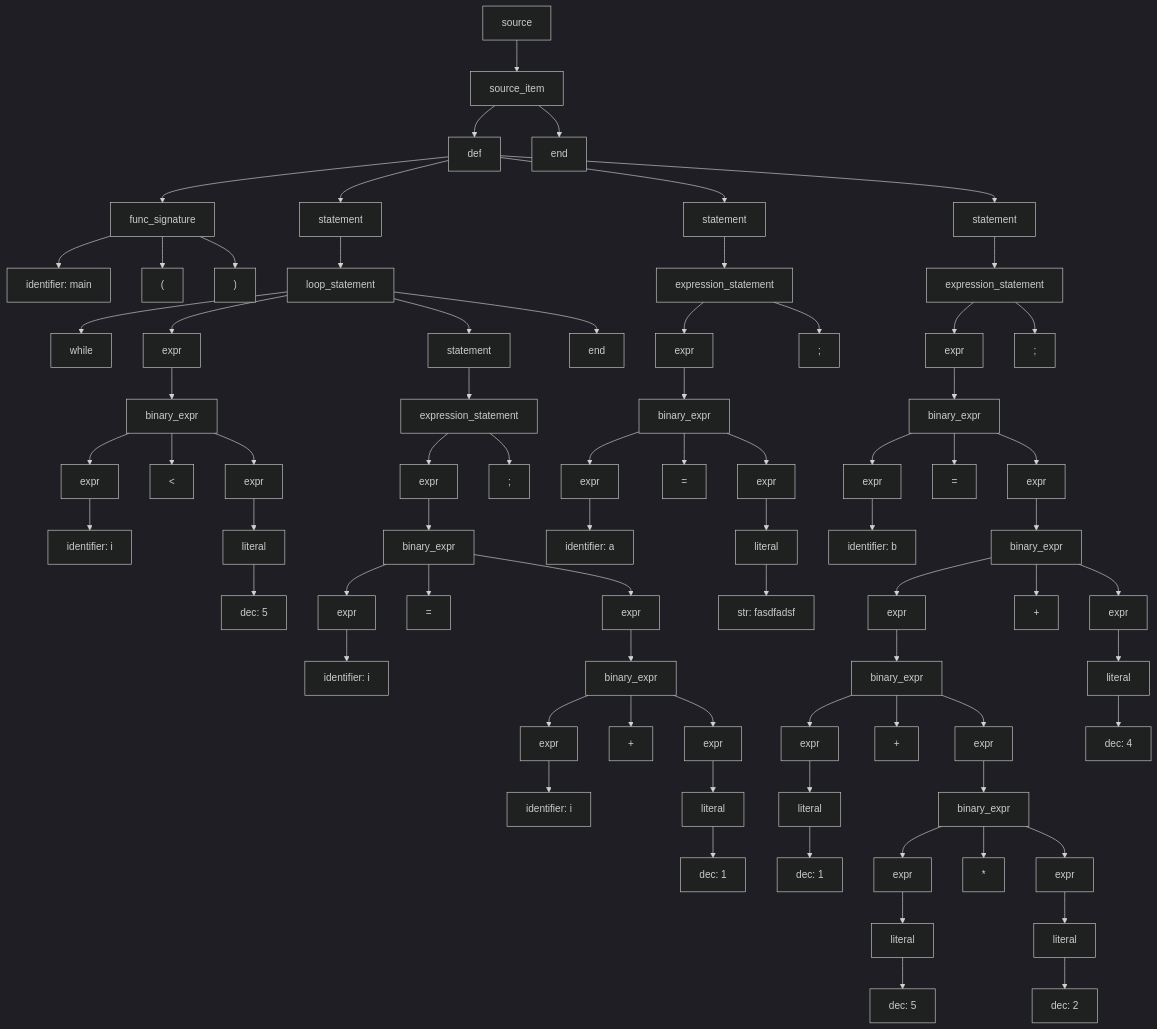
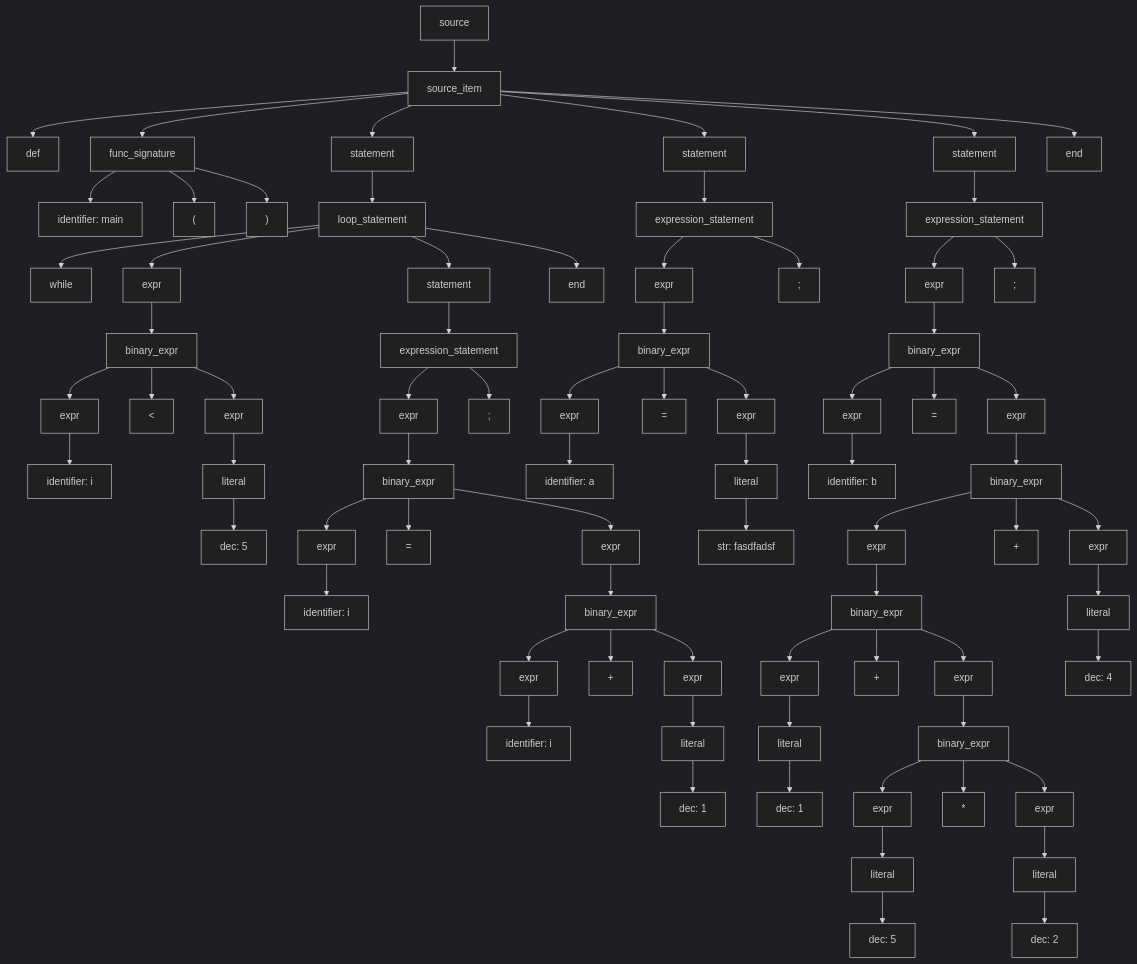
Before and after one commit to ErnandesDaniel/system-software-lab-2-1: the diagram in output.mmd, drawn with Mermaid (dark theme). The commit also changed 2 other files, not shown here.

```diff
--- a/output.mmd
+++ b/output.mmd
@@ -1,152 +1,152 @@
 graph TD;
 N0["source"]
 N1["source_item"]
 N0 --> N1
 N2["def"]
 N1 --> N2
 N3["func_signature"]
-N2 --> N3
+N1 --> N3
 N4["identifier: main"]
 N3 --> N4
 N5["("]
 N3 --> N5
 N6[")"]
 N3 --> N6
 N7["statement"]
-N2 --> N7
+N1 --> N7
 N8["loop_statement"]
 N7 --> N8
 N9["while"]
 N8 --> N9
 N10["expr"]
 N8 --> N10
 N11["binary_expr"]
 N10 --> N11
 N12["expr"]
 N11 --> N12
 N13["identifier: i"]
 N12 --> N13
 N14["<"]
 N11 --> N14
 N15["expr"]
 N11 --> N15
 N16["literal"]
 N15 --> N16
 N17["dec: 5"]
 N16 --> N17
 N18["statement"]
 N8 --> N18
 N19["expression_statement"]
 N18 --> N19
 N20["expr"]
 N19 --> N20
 N21["binary_expr"]
 N20 --> N21
 N22["expr"]
 N21 --> N22
 N23["identifier: i"]
 N22 --> N23
 N24["="]
 N21 --> N24
 N25["expr"]
 N21 --> N25
 N26["binary_expr"]
 N25 --> N26
 N27["expr"]
 N26 --> N27
 N28["identifier: i"]
 N27 --> N28
 N29["+"]
 N26 --> N29
 N30["expr"]
 N26 --> N30
 N31["literal"]
 N30 --> N31
 N32["dec: 1"]
 N31 --> N32
 N33[";"]
 N19 --> N33
 N34["end"]
 N8 --> N34
 N35["statement"]
-N2 --> N35
+N1 --> N35
 N36["expression_statement"]
 N35 --> N36
 N37["expr"]
 N36 --> N37
 N38["binary_expr"]
 N37 --> N38
 N39["expr"]
 N38 --> N39
 N40["identifier: a"]
 N39 --> N40
 N41["="]
 N38 --> N41
 N42["expr"]
 N38 --> N42
 N43["literal"]
 N42 --> N43
 N44["str: "fasdfadsf""]
 N43 --> N44
 N45[";"]
 N36 --> N45
 N46["statement"]
-N2 --> N46
+N1 --> N46
 N47["expression_statement"]
 N46 --> N47
 N48["expr"]
 N47 --> N48
 N49["binary_expr"]
 N48 --> N49
 N50["expr"]
 N49 --> N50
 N51["identifier: b"]
 N50 --> N51
 N52["="]
 N49 --> N52
 N53["expr"]
 N49 --> N53
 N54["binary_expr"]
 N53 --> N54
 N55["expr"]
 N54 --> N55
 N56["binary_expr"]
 N55 --> N56
 N57["expr"]
 N56 --> N57
 N58["literal"]
 N57 --> N58
 N59["dec: 1"]
 N58 --> N59
 N60["+"]
 N56 --> N60
 N61["expr"]
 N56 --> N61
 N62["binary_expr"]
 N61 --> N62
 N63["expr"]
 N62 --> N63
 N64["literal"]
 N63 --> N64
 N65["dec: 5"]
 N64 --> N65
 N66["*"]
 N62 --> N66
 N67["expr"]
 N62 --> N67
 N68["literal"]
 N67 --> N68
 N69["dec: 2"]
 N68 --> N69
 N70["+"]
 N54 --> N70
 N71["expr"]
 N54 --> N71
 N72["literal"]
 N71 --> N72
 N73["dec: 4"]
 N72 --> N73
 N74[";"]
 N47 --> N74
 N75["end"]
 N1 --> N75
```
